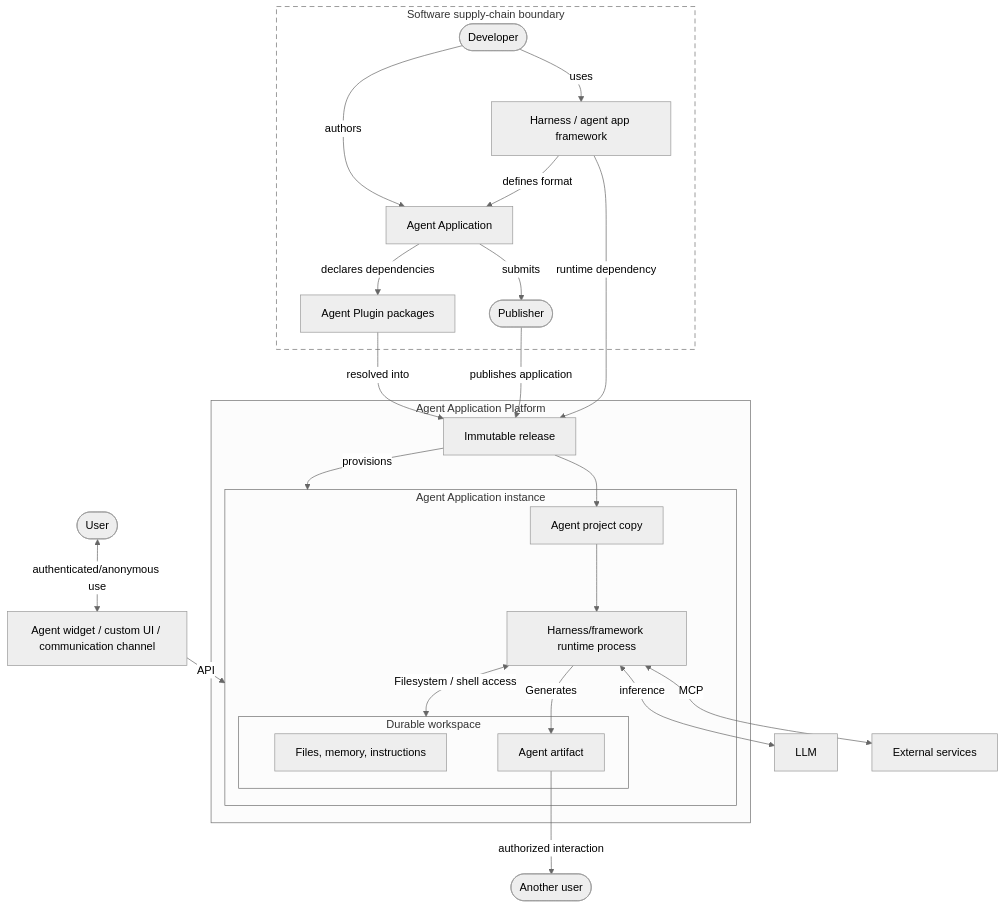
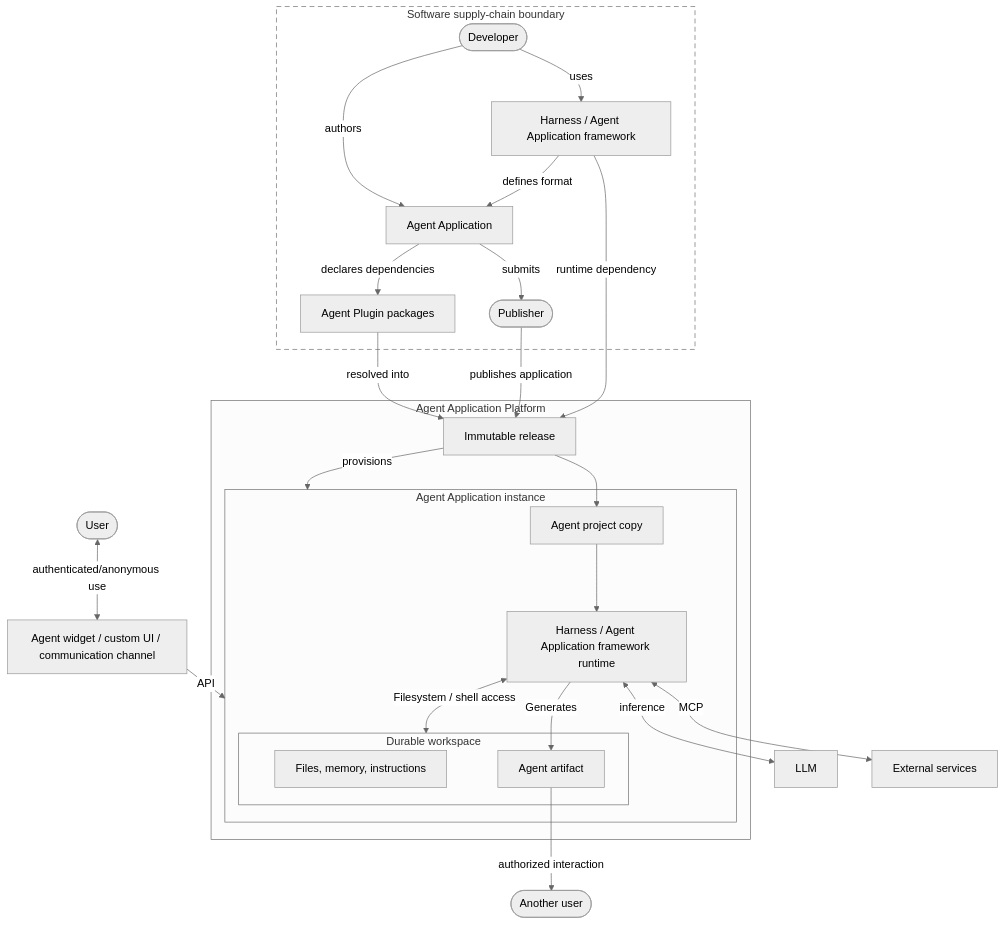
One commit to agentapplication/agentapplication changed the diagram in docs/paper.mdx. Above: the diagram before and after it, drawn with Mermaid (neutral theme). The commit also changed other lines of this file and 3 other files, not shown here.

Commit message:
docs: define agent application programming

````diff
--- a/docs/paper.mdx
+++ b/docs/paper.mdx
@@ -39,47 +49,47 @@
 ```mermaid placement="top-right"
 ---
 config:
   layout: dagre
 ---
 flowchart TB
       subgraph SupplyChain["Software supply-chain boundary"]
             Developer(["Developer"])
-            Framework["Harness / agent app framework"]
+            Framework["Harness / Agent Application framework"]
             Application["Agent Application"]
             Plugins["Agent Plugin packages"]
             Publisher(["Publisher"])
       end
       subgraph Workspace["Durable workspace"]
             State["Files, memory, instructions"]
             Artifact["Agent artifact"]
       end
       subgraph Instance["Agent Application instance"]
-            Process["Harness/framework runtime process"]
+            Process["Harness / Agent Application framework runtime"]
             ProjectCopy["Agent project copy"]
             Workspace
       end
       subgraph Platform["Agent Application Platform"]
             Release["Immutable release"]
             Instance
       end
 
       Developer -- uses --> Framework
       Developer -- authors --> Application
       Framework -- defines format --> Application
       Application -- declares dependencies --> Plugins
       Application -- submits --> Publisher
       Plugins -- resolved into --> Release
       Release -- provisions --> Instance
       Publisher -- publishes application --> Release
       Framework -- runtime dependency --> Release
       Process <-- inference --> LLM["LLM"]
       User(["User"]) <-- authenticated/anonymous use --> UI["Agent widget / custom UI / communication channel"] -- API --> Instance
       Artifact -- authorized interaction --> OtherUser(["Another user"])
       Process <-- MCP --> External["External services"]
       Process <-- Filesystem / shell access --> Workspace
       Process -- Generates --> Artifact
       Release --> ProjectCopy
       ProjectCopy --> Process
 
       style SupplyChain fill:transparent,stroke-dasharray:7 5
 ```
````
